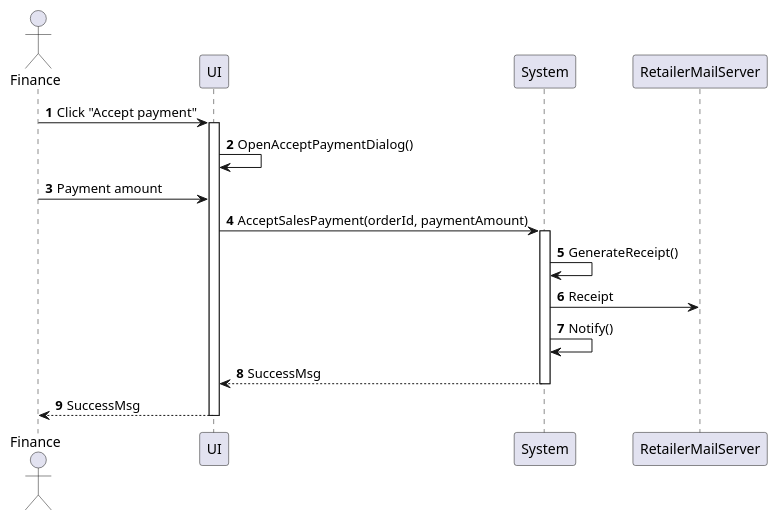
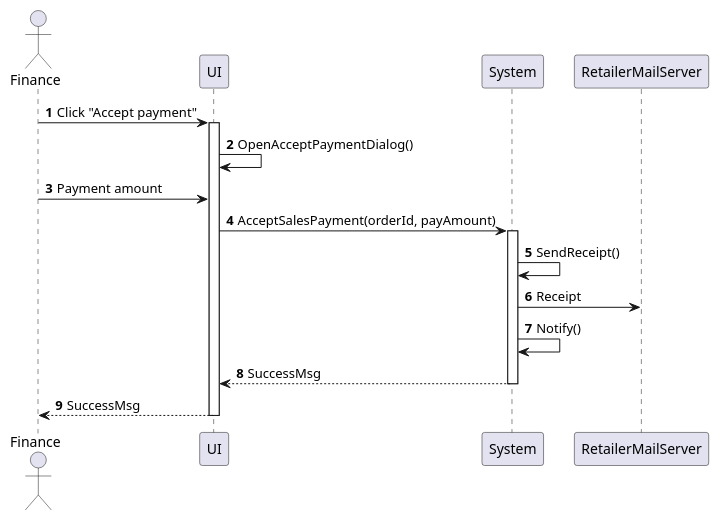
Before and after one commit to phihungha/scmss-reqs: the diagram in sequences/sales-order-accept-payment.plantuml, drawn with PlantUML. The commit also changed 7 other files, not shown here.

```diff
--- a/sequences/sales-order-accept-payment.plantuml
+++ b/sequences/sales-order-accept-payment.plantuml
@@ -1,20 +1,20 @@
 @startuml sales-order-accept-payment
 autonumber
 
 actor "Finance" as a
 participant UI as f
 participant System as b
 participant RetailerMailServer as c
 
 a -> f : Click "Accept payment"
 activate f
 f -> f : OpenAcceptPaymentDialog()
 a -> f : Payment amount
-f -> b : AcceptSalesPayment(orderId, paymentAmount)
+f -> b : AcceptSalesPayment(orderId, payAmount)
 activate b
-b -> b : GenerateReceipt()
+b -> b : SendReceipt()
 b -> c : Receipt
 b -> b : Notify()
 return SuccessMsg
 return SuccessMsg
 @enduml
```
